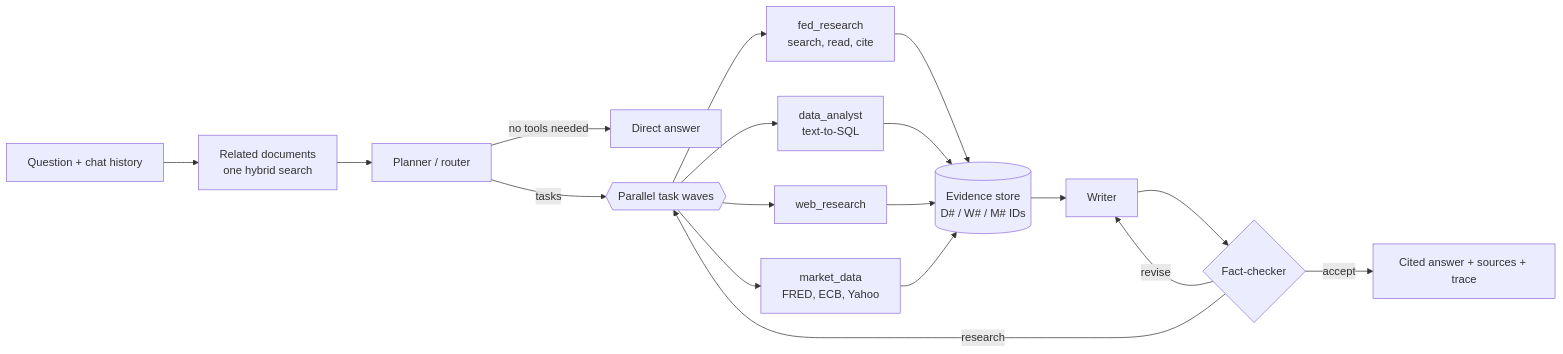
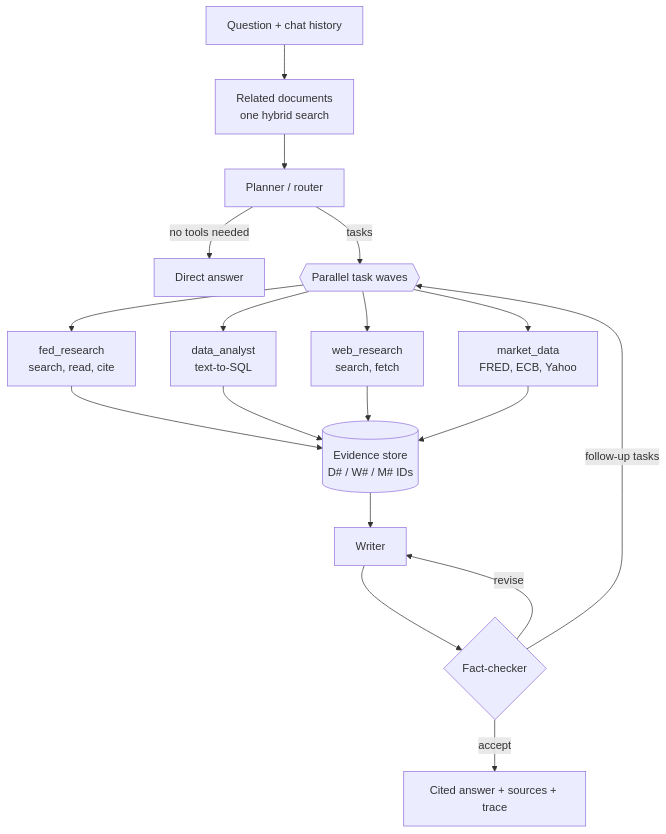
The diagram in README.md (atahanuz/fedrag), drawn with Mermaid before and after one commit. The commit also changed 1 other file, not shown here.

Commit message:
README: top-down architecture diagram that stays readable at page width

````diff
--- a/README.md
+++ b/README.md
@@ -60,17 +60,17 @@
 ```mermaid
-flowchart LR
+flowchart TB
     Q[Question + chat history] --> R[Related documents<br/>one hybrid search]
     R --> P[Planner / router]
     P -- no tools needed --> D[Direct answer]
     P -- tasks --> X{{Parallel task waves}}
     X --> F[fed_research<br/>search, read, cite]
     X --> T[data_analyst<br/>text-to-SQL]
-    X --> W[web_research]
+    X --> W[web_research<br/>search, fetch]
     X --> M[market_data<br/>FRED, ECB, Yahoo]
     F & T & W & M --> E[(Evidence store<br/>D# / W# / M# IDs)]
     E --> S[Writer]
     S --> V{Fact-checker}
     V -- accept --> A[Cited answer + sources + trace]
     V -- revise --> S
-    V -- research --> X
+    V -- follow-up tasks --> X
 ```
````
